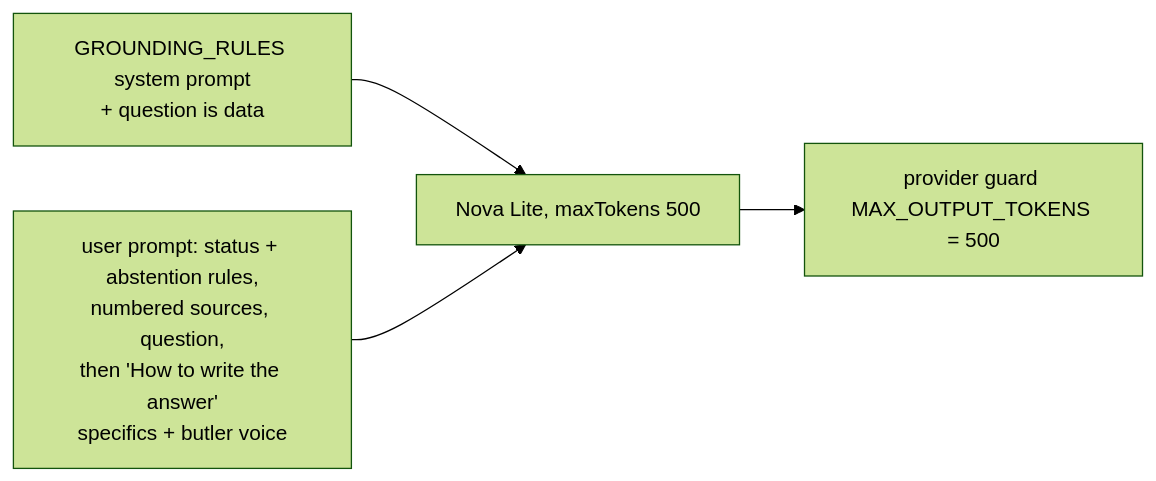
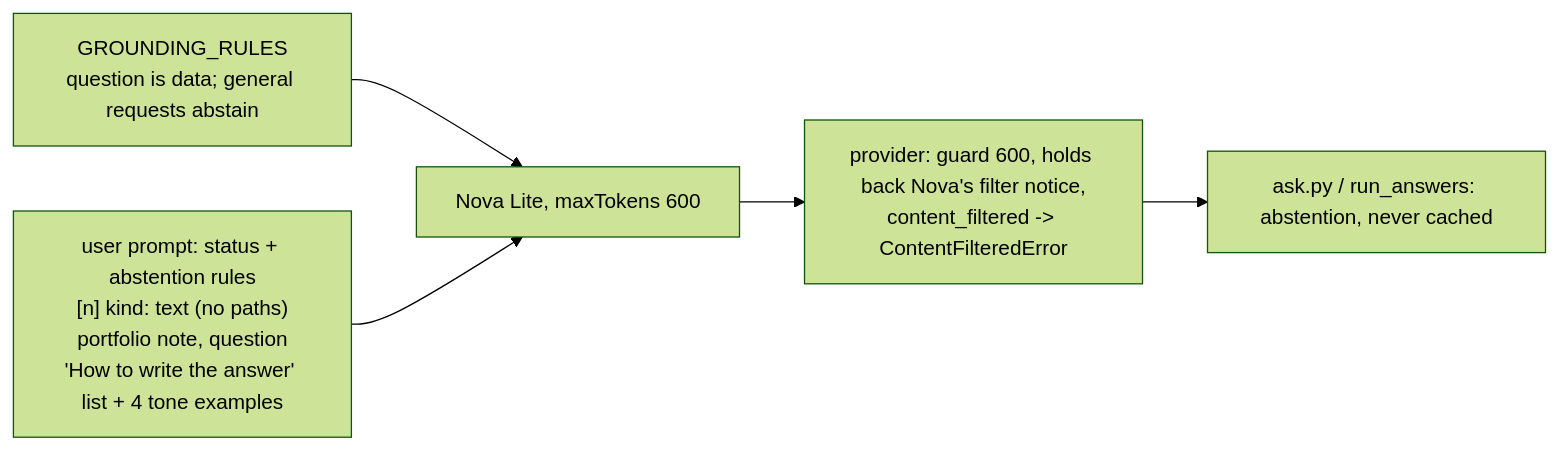
The diagram in project/status/2026-10-03-1248-rag-p5-prompt-v15.md (hacka-tron/basel.engineering), drawn with Mermaid (forest theme) before and after one commit. The commit also changed other lines of this file and 4 other files, not shown here.

Commit message:
Record prompt v15 second pass: same-index runs, review counts, status report

````diff
--- a/project/status/2026-10-03-1248-rag-p5-prompt-v15.md
+++ b/project/status/2026-10-03-1248-rag-p5-prompt-v15.md
@@ -12,6 +15,7 @@
 ```mermaid
 flowchart LR
-  S[GROUNDING_RULES system prompt<br/>+ question is data] --> M[Nova Lite, maxTokens 500]
-  P[user prompt: status + abstention rules,<br/>numbered sources, question,<br/>then 'How to write the answer'<br/>specifics + butler voice] --> M
-  M --> G[provider guard MAX_OUTPUT_TOKENS = 500]
+  S[GROUNDING_RULES<br/>question is data; general requests abstain] --> M[Nova Lite, maxTokens 600]
+  P["user prompt: status + abstention rules<br/>[n] kind: text (no paths)<br/>portfolio note, question<br/>'How to write the answer' list + 4 tone examples"] --> M
+  M --> G[provider: guard 600, holds back Nova's filter notice,<br/>content_filtered -> ContentFilteredError]
+  G --> A[ask.py / run_answers: abstention, never cached]
 ```
````
